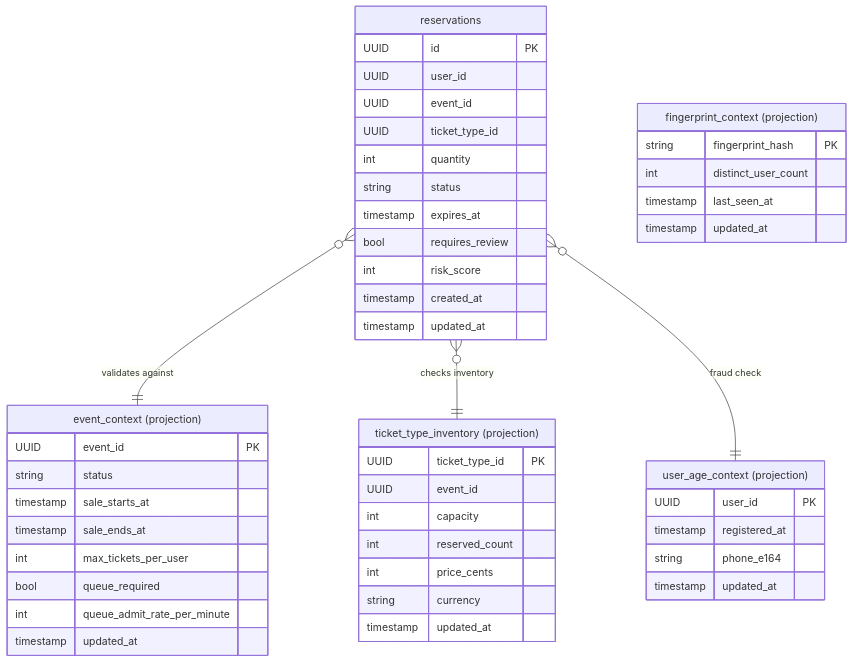
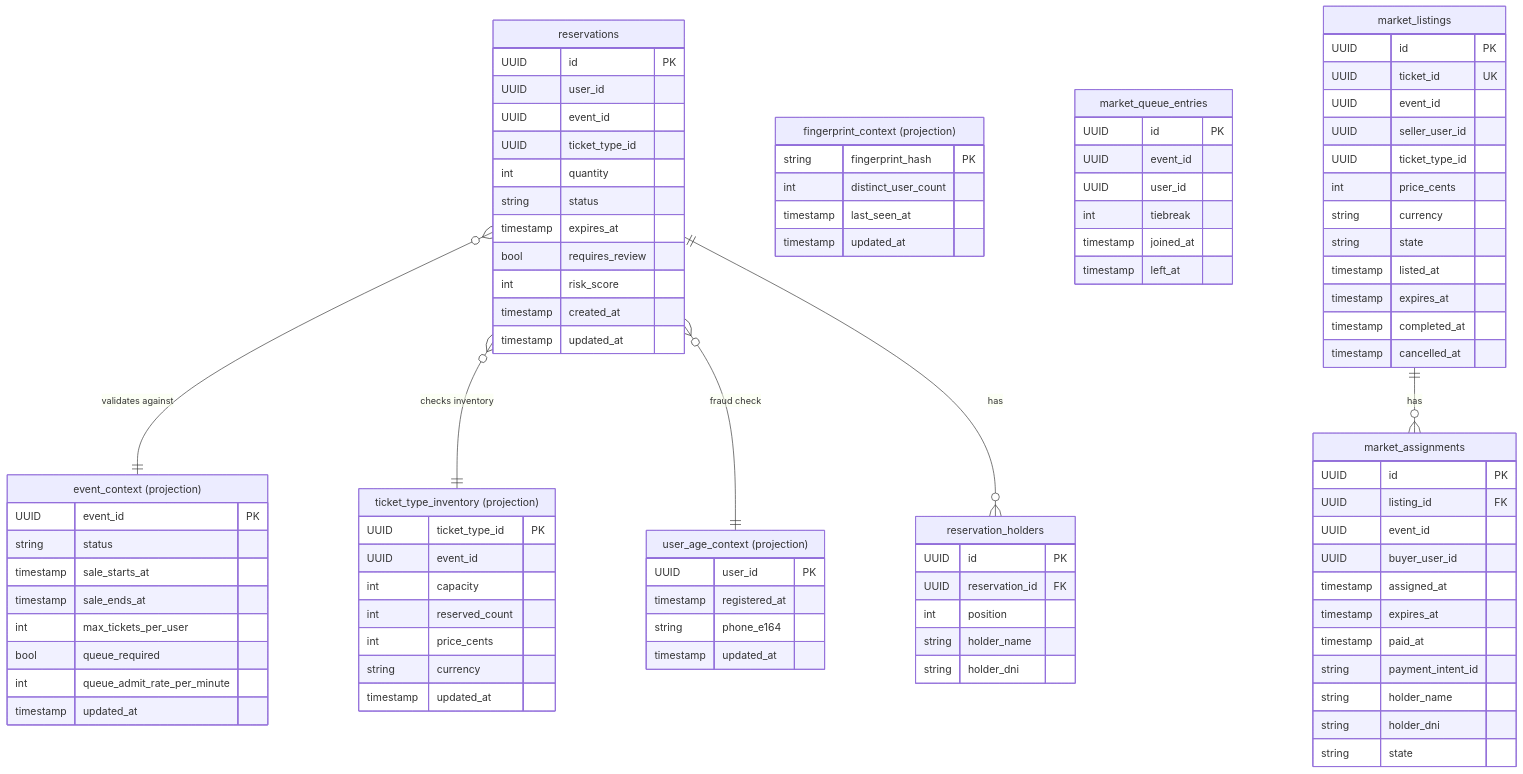
One commit to cristiangilsanz/qrew changed the diagram in docs/api/services/sales/schema.md. Above: the diagram before and after it, drawn with Mermaid. The commit also changed other lines of this file and 222 other files, not shown here.

````diff
--- a/docs/api/services/sales/schema.md
+++ b/docs/api/services/sales/schema.md
@@ -51,7 +51,55 @@
         timestamp updated_at
     }
 
+    reservation_holders {
+        UUID id PK
+        UUID reservation_id FK
+        int position
+        string holder_name
+        string holder_dni
+    }
+
+    market_queue_entries {
+        UUID id PK
+        UUID event_id
+        UUID user_id
+        int tiebreak
+        timestamp joined_at
+        timestamp left_at
+    }
+
+    market_listings {
+        UUID id PK
+        UUID ticket_id UK
+        UUID event_id
+        UUID seller_user_id
+        UUID ticket_type_id
+        int price_cents
+        string currency
+        string state
+        timestamp listed_at
+        timestamp expires_at
+        timestamp completed_at
+        timestamp cancelled_at
+    }
+
+    market_assignments {
+        UUID id PK
+        UUID listing_id FK
+        UUID event_id
+        UUID buyer_user_id
+        timestamp assigned_at
+        timestamp expires_at
+        timestamp paid_at
+        string payment_intent_id
+        string holder_name
+        string holder_dni
+        string state
+    }
+
     reservations }o--|| event_context : "validates against"
     reservations }o--|| ticket_type_inventory : "checks inventory"
     reservations }o--|| user_age_context : "fraud check"
+    reservations ||--o{ reservation_holders : "has"
+    market_listings ||--o{ market_assignments : "has"
 ```
````
